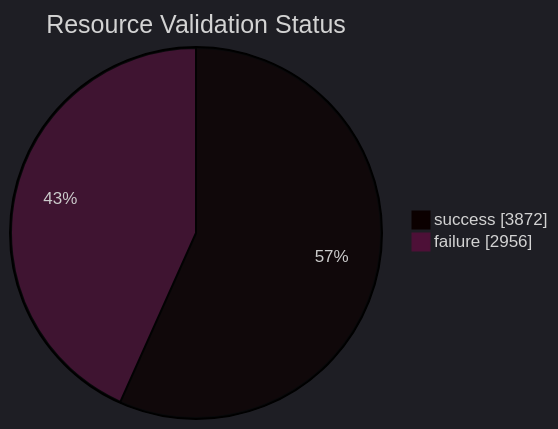
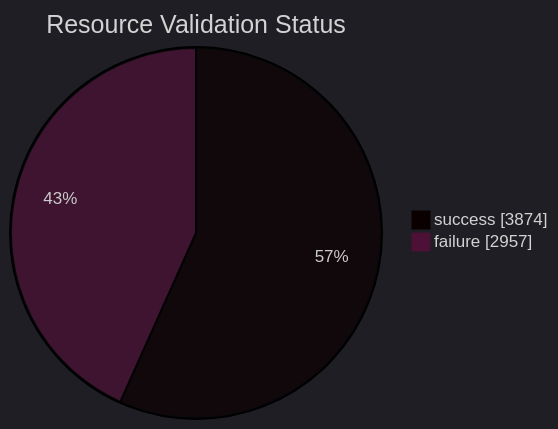
Before and after one commit to open-data/analytics-corporate-reporting: the diagram in datastore_tracker/resource_validation_status_pie_chart.md, drawn with Mermaid. The commit also changed 9 other files, not shown here.

````diff
--- a/datastore_tracker/resource_validation_status_pie_chart.md
+++ b/datastore_tracker/resource_validation_status_pie_chart.md
@@ -2,9 +2,9 @@
 ```mermaid
 ---
 config:
   theme: dark
 ---
 pie showData title Resource Validation Status
-    "success": 3872
-    "failure": 2956
+    "success": 3874
+    "failure": 2957
 ```
````
